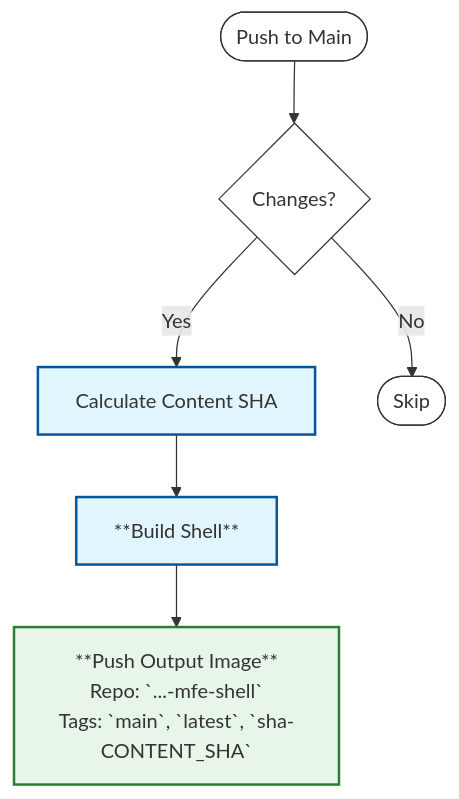
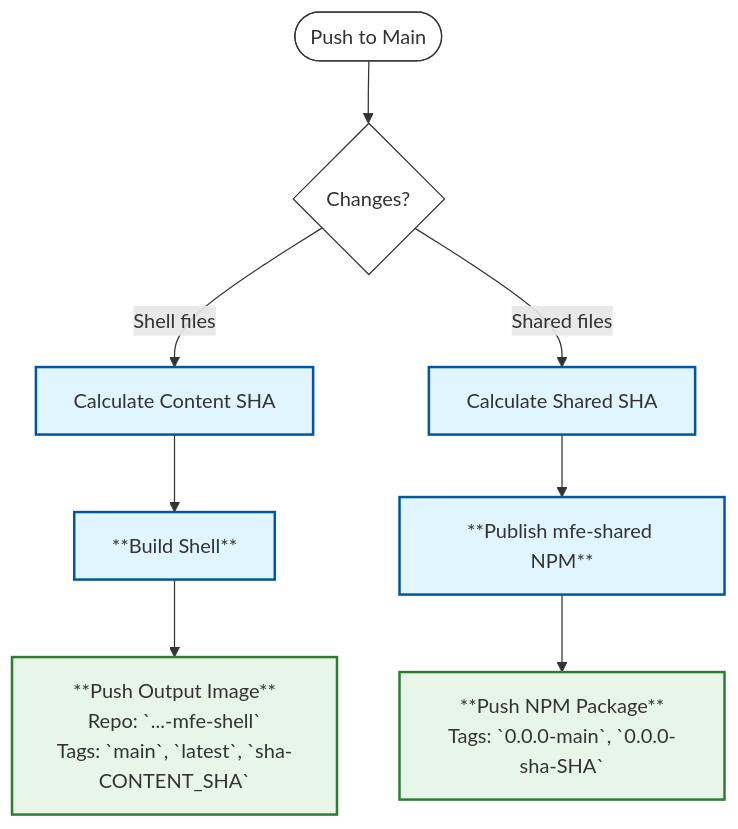
Before and after one commit to PolecatWorks/Mfe-shell: the fourth of 5 diagrams in .github/WORKFLOW_LOGIC.md, drawn with Mermaid. The commit also changed other lines of this file and 18 other files, not shown here.

Commit message:
task: publish mfe-shared to github packages and update consumers

````diff
--- a/.github/WORKFLOW_LOGIC.md
+++ b/.github/WORKFLOW_LOGIC.md
@@ -128,18 +106,20 @@
 ```mermaid
 flowchart TD
     Start([Push to Main]) --> CheckPaths{Changes?}
 
-    CheckPaths -->|Yes| CalcSHA[Calculate Content SHA]
-    CheckPaths -->|No| Skip([Skip])
+    CheckPaths -->|Shell files| CalcSHA[Calculate Content SHA]
+    CheckPaths -->|Shared files| CalcSharedSHA[Calculate Shared SHA]
 
     CalcSHA --> Build[**Build Shell**]
+    CalcSharedSHA --> BuildShared[**Publish mfe-shared NPM**]
 
     Build --> Output[**Push Output Image**<br/>Repo: `...-mfe-shell`<br/>Tags: `main`, `latest`, `sha-CONTENT_SHA`]
+    BuildShared --> SharedOutput[**Push NPM Package**<br/>Tags: `0.0.0-main`, `0.0.0-sha-SHA`]
 
     classDef default fill:#fff,stroke:#333,stroke-width:1px;
     classDef action fill:#e1f5fe,stroke:#01579b,stroke-width:2px;
     classDef output fill:#e8f5e9,stroke:#2e7d32,stroke-width:2px;
 
-    class CalcSHA,Build action;
-    class Output output;
+    class CalcSHA,Build,CalcSharedSHA,BuildShared action;
+    class Output,SharedOutput output;
 ```
````
